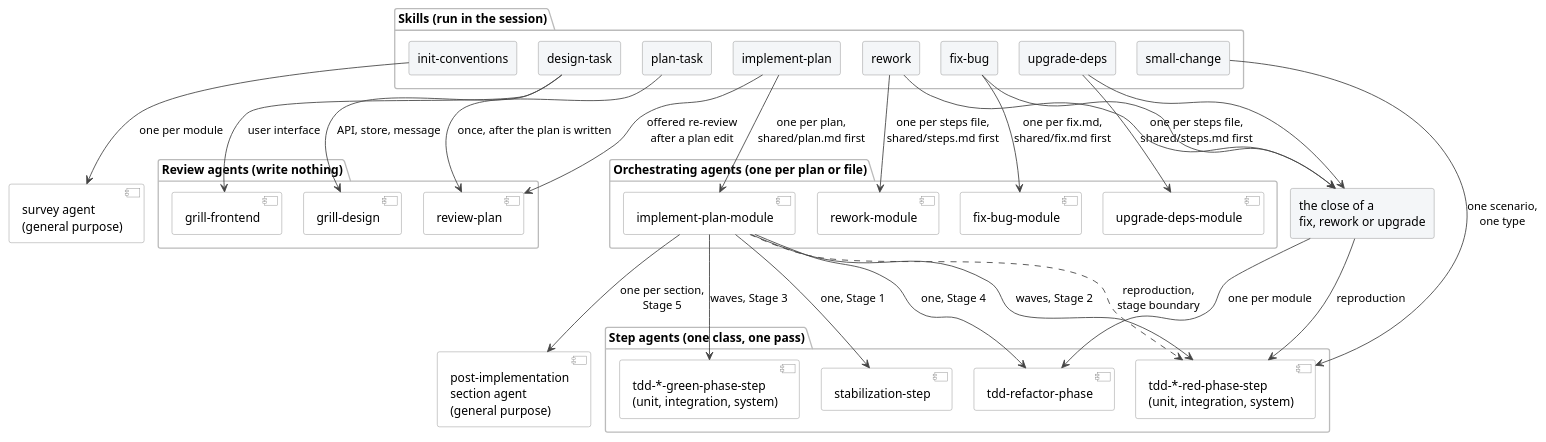
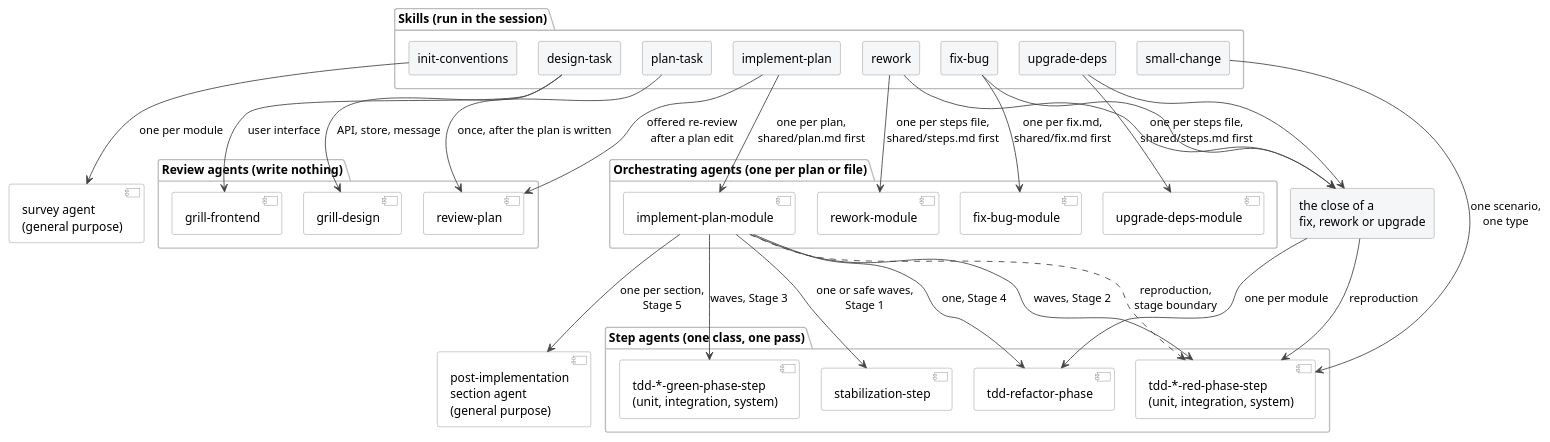
Before and after one commit to ds-usova/tdd-sdlc: the diagram in docs/diagrams/agents.puml, drawn with PlantUML. The commit also changed 33 other files, not shown here.

```diff
--- a/docs/diagrams/agents.puml
+++ b/docs/diagrams/agents.puml
@@ -1,83 +1,83 @@
 @startuml agents
 skinparam defaultFontName Helvetica
 skinparam shadowing false
 skinparam ArrowColor #444
 skinparam nodesep 25
 skinparam ranksep 90
 skinparam rectangle {
   BackgroundColor #F4F6F8
   BorderColor #888
 }
 skinparam component {
   BackgroundColor #FFFFFF
   BorderColor #888
 }
 skinparam package {
   BackgroundColor #FFFFFF
   BorderColor #BBB
 }
 top to bottom direction
 
 package "Skills (run in the session)" {
   rectangle "init-conventions" as IC
   rectangle "design-task" as DT
   rectangle "plan-task" as PT
   rectangle "implement-plan" as IP
   rectangle "fix-bug" as FB
   rectangle "rework" as RW
   rectangle "upgrade-deps" as UD
   rectangle "small-change" as SC
 }
 
 component "survey agent\n(general purpose)" as SV
 
 package "Review agents (write nothing)" {
   component "grill-design" as GD
   component "grill-frontend" as GF
   component "review-plan" as RP
 }
 
 package "Orchestrating agents (one per plan or file)" {
   component "implement-plan-module" as IPM
   component "fix-bug-module" as FBM
   component "rework-module" as RWM
   component "upgrade-deps-module" as UDM
 }
 
 rectangle "the close of a\nfix, rework or upgrade" as CLOSE
 
 package "Step agents (one class, one pass)" {
   component "stabilization-step" as ST
   component "tdd-*-red-phase-step\n(unit, integration, system)" as RED
   component "tdd-*-green-phase-step\n(unit, integration, system)" as GREEN
   component "tdd-refactor-phase" as RF
 }
 
 component "post-implementation\nsection agent\n(general purpose)" as PI
 
 IC --> SV : one per module
 DT --> GF : user interface
 DT --> GD : API, store, message
 PT --> RP : once, after the plan is written
 IP --> RP : offered re-review\nafter a plan edit
 
 IP --> IPM : one per plan,\nshared/plan.md first
 FB --> FBM : one per fix.md,\nshared/fix.md first
 RW --> RWM : one per steps file,\nshared/steps.md first
 UD --> UDM : one per steps file,\nshared/steps.md first
 
-IPM --> ST : one, Stage 1
+IPM --> ST : one or safe waves,\nStage 1
 IPM --> RED : waves, Stage 2
 IPM --> GREEN : waves, Stage 3
 IPM --> RF : one, Stage 4
 IPM --> PI : one per section,\nStage 5
 IPM ..> RED : reproduction,\nstage boundary
 
 FB --> CLOSE
 RW --> CLOSE
 UD --> CLOSE
 CLOSE --> RF : one per module
 CLOSE --> RED : reproduction
 
 SC --> RED : one scenario,\none type
 @enduml
```
